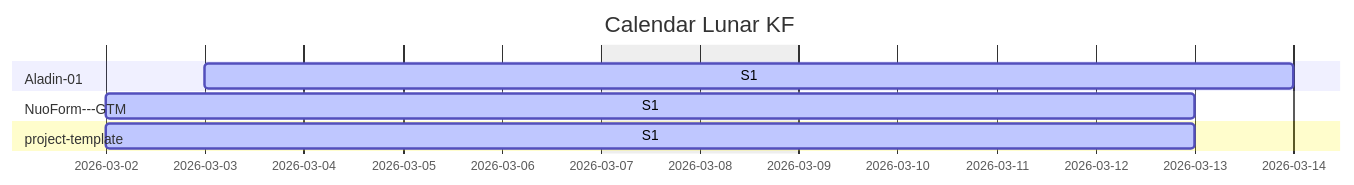
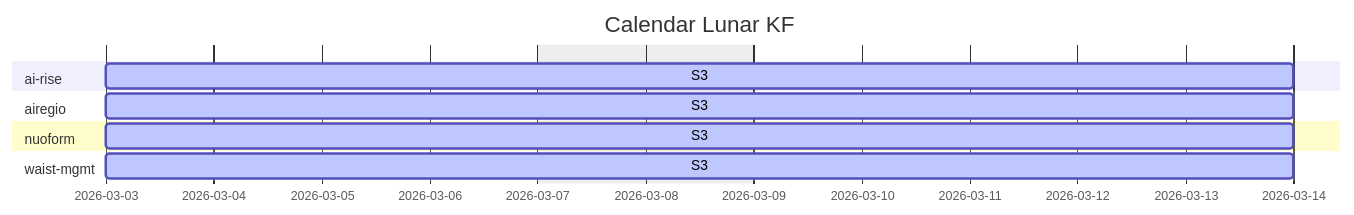
Before and after one commit to Katty-Fashion/kf-cpto: the second of 2 diagrams in docs/unified-calendar.md, drawn with Mermaid. The commit also changed other lines of this file and 9 other files, not shown here.

First line of the commit message:
fix: remove mermaid kanban @{} metadata and quote node labels

````diff
--- a/docs/unified-calendar.md
+++ b/docs/unified-calendar.md
@@ -22,13 +22,15 @@
 ```mermaid
 gantt
     title Calendar Lunar KF
     dateFormat YYYY-MM-DD
     excludes weekends
 
-    section Aladin-01
-    S1 :active, 2026-03-03, 2026-03-14
-    section NuoForm---GTM
-    S1 :active, 2026-03-02, 2026-03-13
-    section project-template
-    S1 :active, 2026-03-02, 2026-03-13
+    section ai-rise
+    S3 :active, 2026-03-03, 2026-03-14
+    section airegio
+    S3 :active, 2026-03-03, 2026-03-14
+    section nuoform
+    S3 :active, 2026-03-03, 2026-03-14
+    section waist-mgmt
+    S3 :active, 2026-03-03, 2026-03-14
 ```
````
